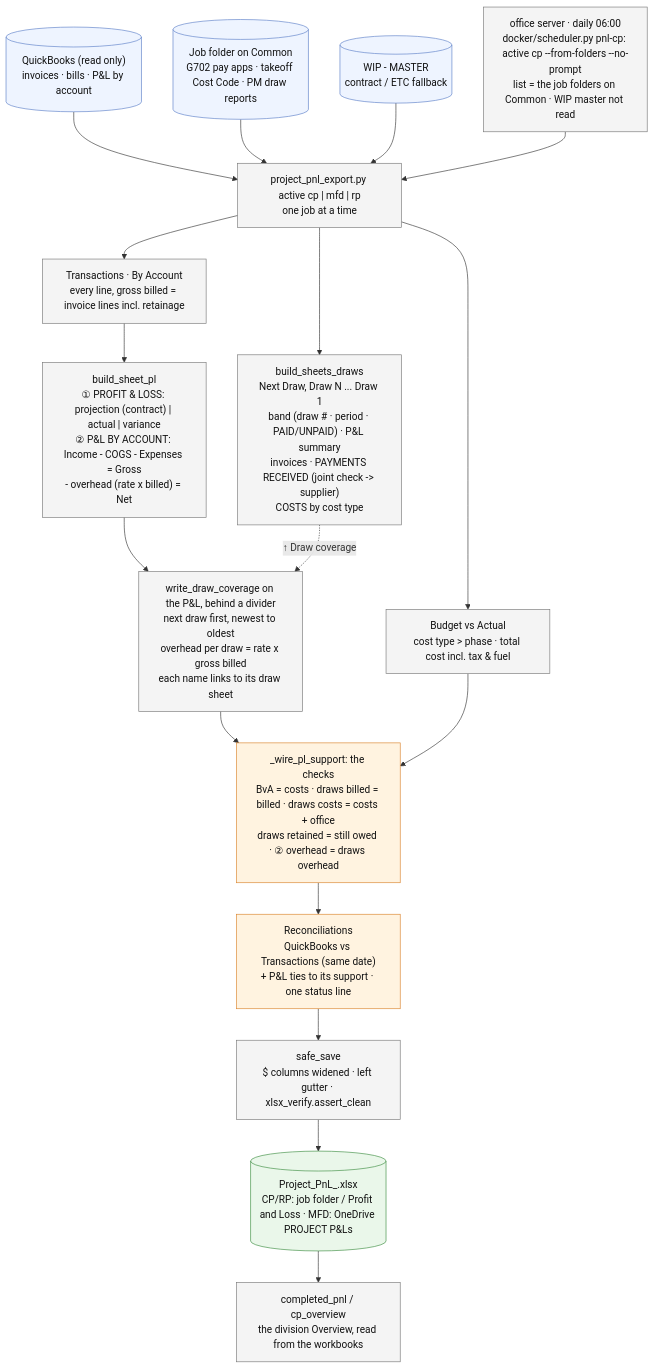
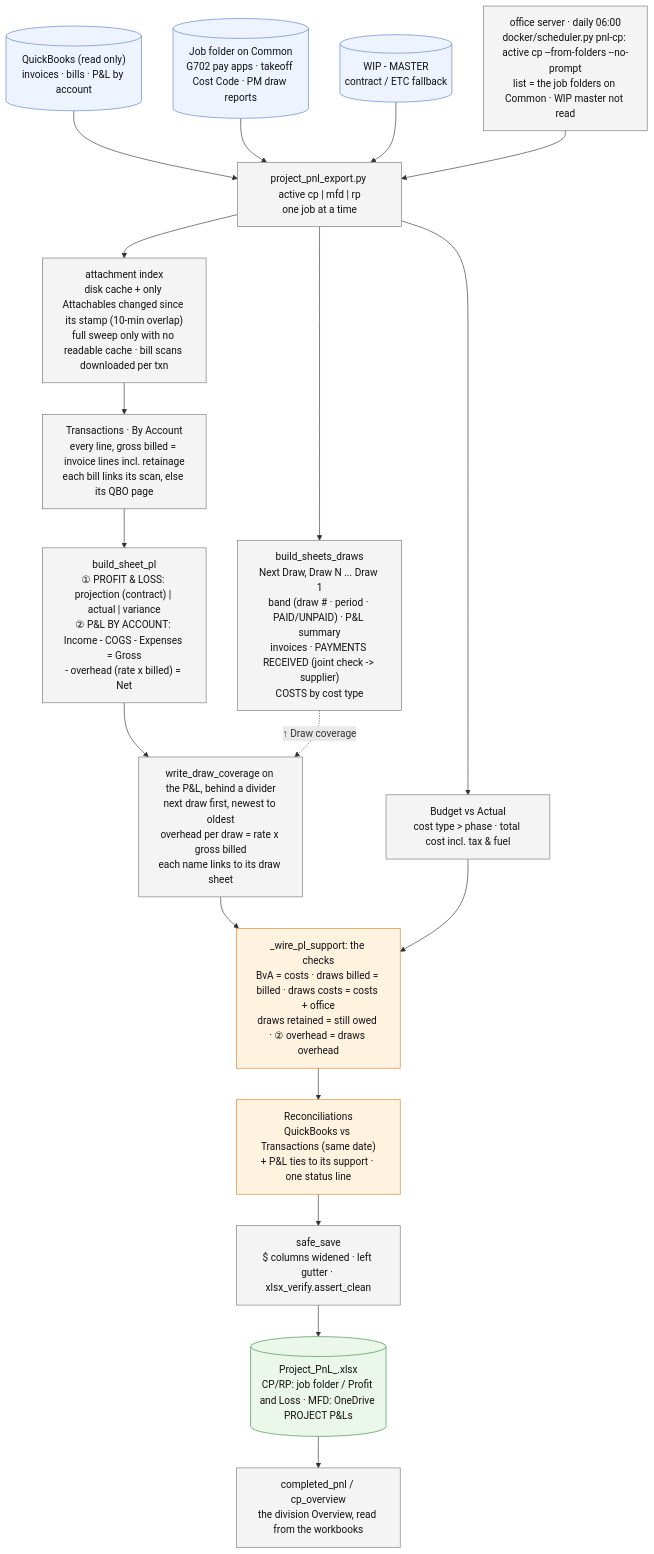
Before and after one commit to Ecarlo-Proficient/Claude-Report: the diagram in project-pnl/FLOW.md, drawn with Mermaid. The commit also changed other lines of this file and 2 other files, not shown here.

Commit message:
project-pnl: attachment index refreshes incrementally (no more silent 8-minute weekly sweep)
The company-wide QuickBooks Attachable index (needed to find a bill's scans;
QBO cannot filter Attachable by its transaction) was cached 7 days then fully
re-pulled - 8 silent minutes on CP800 (10/14/2026), which read as a stuck run.

Now _load_attachable_index loads the cache on every run and pulls only
attachables whose MetaData.LastUpdatedTime is past the cache's fetched stamp
less a 10-minute overlap (the mirror's OVERLAP idea, same UTC Z filter),
merges them by id (refs may have moved; no FileName or no refs = dropped) and
rewrites the cache stamped at the refresh start. One line:
"attachment index: N files, +K changed since mm/dd hh:mm". The full sweep runs
only with no cache file or an unreadable one, announced before and after;
deleting the file forces it. A deleted attachable (QBO's query cannot report
deletions) fails its re-read in the download loop and keeps the QBO bill link.
_ATT_CACHE_TTL_S removed.

Verified: CP800 with the cache = 18 s end to end (+0 changed); with the cache
file removed = the sweep lines and a rebuilt cache.

````diff
--- a/project-pnl/FLOW.md
+++ b/project-pnl/FLOW.md
@@ -12,26 +12,27 @@
 ```mermaid
 flowchart TD
     classDef src fill:#eef4ff,stroke:#5b7fc7,color:#111
     classDef tool fill:#f4f4f4,stroke:#777,color:#111
     classDef gate fill:#fff3e0,stroke:#d9822b,color:#111
     classDef out fill:#eaf7ea,stroke:#3c8d40,color:#111
 
     QBO[("QuickBooks (read only)<br/>invoices · bills · P&L by account")]:::src
     DOCS[("Job folder on Common<br/>G702 pay apps · takeoff Cost Code · PM draw reports")]:::src
     WIP[("WIP - MASTER<br/>contract / ETC fallback")]:::src
     QBO & DOCS & WIP --> GEN["project_pnl_export.py active cp | mfd | rp<br/>one job at a time"]:::tool
     SRV["office server · daily 06:00<br/>docker/scheduler.py pnl-cp: active cp --from-folders --no-prompt<br/>list = the job folders on Common · WIP master not read"]:::tool --> GEN
 
-    GEN --> TX["Transactions · By Account<br/>every line, gross billed = invoice lines incl. retainage"]:::tool
+    GEN --> ATT["attachment index<br/>disk cache + only Attachables changed since its stamp (10-min overlap)<br/>full sweep only with no readable cache · bill scans downloaded per txn"]:::tool
+    ATT --> TX["Transactions · By Account<br/>every line, gross billed = invoice lines incl. retainage<br/>each bill links its scan, else its QBO page"]:::tool
     GEN --> DRW["build_sheets_draws<br/>Next Draw, Draw N ... Draw 1<br/>band (draw # · period · PAID/UNPAID) · P&L summary<br/>invoices · PAYMENTS RECEIVED (joint check -> supplier)<br/>COSTS by cost type"]:::tool
     GEN --> BVA["Budget vs Actual<br/>cost type > phase · total cost incl. tax & fuel"]:::tool
     TX --> PL["build_sheet_pl<br/>① PROFIT & LOSS: projection (contract) | actual | variance<br/>② P&L BY ACCOUNT: Income - COGS - Expenses = Gross<br/>- overhead (rate x billed) = Net"]:::tool
     PL --> COV["write_draw_coverage on the P&L, behind a divider<br/>next draw first, newest to oldest<br/>overhead per draw = rate x gross billed<br/>each name links to its draw sheet"]:::tool
     DRW -. "↑ Draw coverage" .-> COV
     COV --> CHK["_wire_pl_support: the checks<br/>BvA = costs · draws billed = billed · draws costs = costs + office<br/>draws retained = still owed · ② overhead = draws overhead"]:::gate
     BVA --> CHK
     CHK --> REC["Reconciliations<br/>QuickBooks vs Transactions (same date)<br/>+ P&L ties to its support · one status line"]:::gate
     REC --> SAVE["safe_save<br/>$ columns widened · left gutter · xlsx_verify.assert_clean"]:::tool
     SAVE --> OUT[("Project_PnL_<job>.xlsx<br/>CP/RP: job folder / Profit and Loss · MFD: OneDrive PROJECT P&Ls")]:::out
     OUT --> OV["completed_pnl / cp_overview<br/>the division Overview, read from the workbooks"]:::tool
 ```
````
